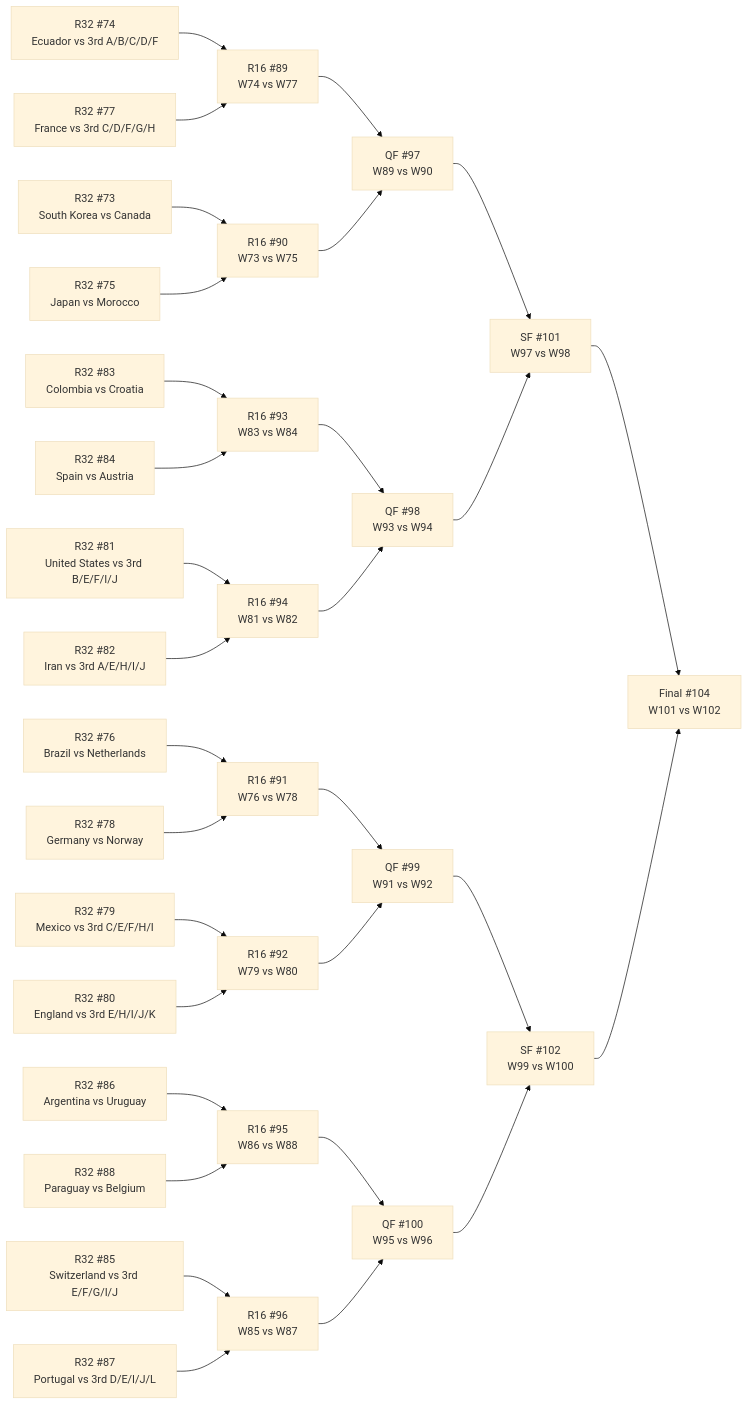
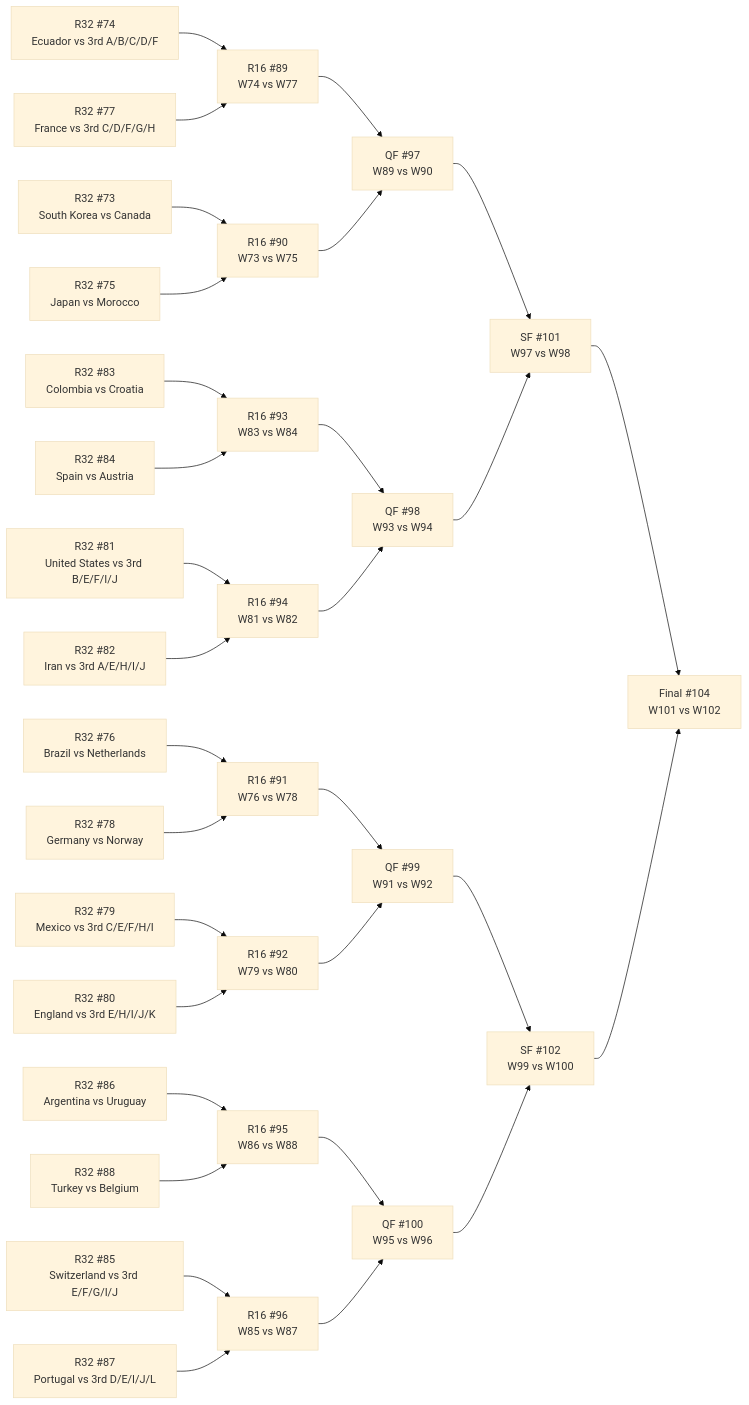
One commit to Tutai-Tran/WC-2026-predictor changed the diagram in WC vault/_bracket.md. Above: the diagram before and after it, drawn with Mermaid (base theme). The commit also changed 67 other files, not shown here.

````diff
--- a/WC vault/_bracket.md
+++ b/WC vault/_bracket.md
@@ -11,64 +11,64 @@
 ```mermaid
 flowchart LR
   M73["R32 #73<br>South Korea vs Canada"]
   M74["R32 #74<br>Ecuador vs 3rd A/B/C/D/F"]
   M75["R32 #75<br>Japan vs Morocco"]
   M76["R32 #76<br>Brazil vs Netherlands"]
   M77["R32 #77<br>France vs 3rd C/D/F/G/H"]
   M78["R32 #78<br>Germany vs Norway"]
   M79["R32 #79<br>Mexico vs 3rd C/E/F/H/I"]
   M80["R32 #80<br>England vs 3rd E/H/I/J/K"]
   M81["R32 #81<br>United States vs 3rd B/E/F/I/J"]
   M82["R32 #82<br>Iran vs 3rd A/E/H/I/J"]
   M83["R32 #83<br>Colombia vs Croatia"]
   M84["R32 #84<br>Spain vs Austria"]
   M85["R32 #85<br>Switzerland vs 3rd E/F/G/I/J"]
   M86["R32 #86<br>Argentina vs Uruguay"]
   M87["R32 #87<br>Portugal vs 3rd D/E/I/J/L"]
-  M88["R32 #88<br>Paraguay vs Belgium"]
+  M88["R32 #88<br>Turkey vs Belgium"]
   M89["R16 #89<br>W74 vs W77"]
   M90["R16 #90<br>W73 vs W75"]
   M91["R16 #91<br>W76 vs W78"]
   M92["R16 #92<br>W79 vs W80"]
   M93["R16 #93<br>W83 vs W84"]
   M94["R16 #94<br>W81 vs W82"]
   M95["R16 #95<br>W86 vs W88"]
   M96["R16 #96<br>W85 vs W87"]
   M97["QF #97<br>W89 vs W90"]
   M98["QF #98<br>W93 vs W94"]
   M99["QF #99<br>W91 vs W92"]
   M100["QF #100<br>W95 vs W96"]
   M101["SF #101<br>W97 vs W98"]
   M102["SF #102<br>W99 vs W100"]
   M104["Final #104<br>W101 vs W102"]
   M74 --> M89
   M77 --> M89
   M73 --> M90
   M75 --> M90
   M76 --> M91
   M78 --> M91
   M79 --> M92
   M80 --> M92
   M83 --> M93
   M84 --> M93
   M81 --> M94
   M82 --> M94
   M86 --> M95
   M88 --> M95
   M85 --> M96
   M87 --> M96
   M89 --> M97
   M90 --> M97
   M93 --> M98
   M94 --> M98
   M91 --> M99
   M92 --> M99
   M95 --> M100
   M96 --> M100
   M97 --> M101
   M98 --> M101
   M99 --> M102
   M100 --> M102
   M101 --> M104
   M102 --> M104
 ```
````
